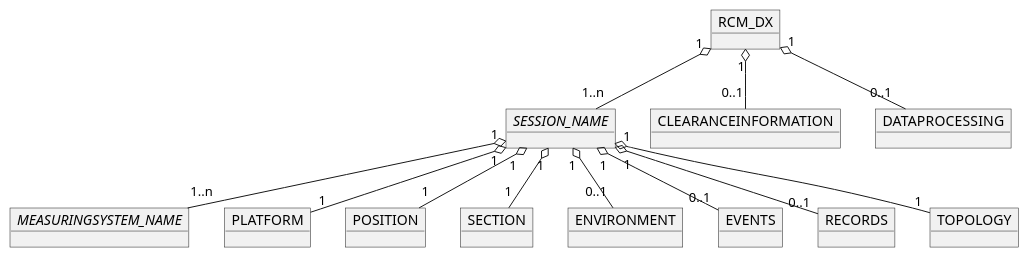
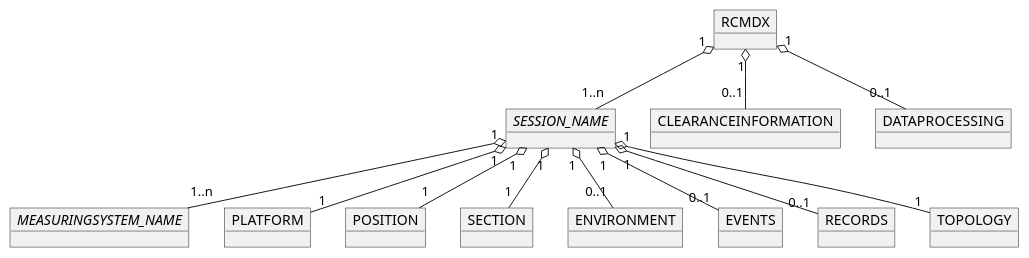
One commit to OpenRailAssociation/rcm-dx changed the second of 9 diagrams in images.puml. Above: the diagram before and after it, drawn with PlantUML. The commit also changed other lines of this file and 4 other files, not shown here.

```diff
--- a/images.puml
+++ b/images.puml
@@ -47,37 +47,37 @@
 @startuml RCM_DX_Structure
 
-  object RCM_DX
+  object RCMDX
 
   object "//SESSION_NAME//" as session_name
 
   object "//MEASURINGSYSTEM_NAME//" as measuringsystem_name
 
   object CLEARANCEINFORMATION
   object DATAPROCESSING
 
   object PLATFORM
 
   object POSITION
   object SECTION
   
   object ENVIRONMENT
 
   object EVENTS
   object RECORDS
 
   object TOPOLOGY
 
-  RCM_DX "1" o-- "1..n" session_name
-  RCM_DX "1" o-- "0..1" CLEARANCEINFORMATION
-  RCM_DX "1" o-- "0..1" DATAPROCESSING
+  RCMDX "1" o-- "1..n" session_name
+  RCMDX "1" o-- "0..1" CLEARANCEINFORMATION
+  RCMDX "1" o-- "0..1" DATAPROCESSING
   
   session_name "1" o-- "1" PLATFORM
   session_name "1" o-- "1" POSITION
   session_name "1" o-- "0..1" ENVIRONMENT
   session_name "1" o-- "1..n" measuringsystem_name
   session_name "1" o-- "0..1" EVENTS
   session_name "1" o-- "0..1" RECORDS
   session_name "1" o-- "1" TOPOLOGY
   session_name "1" o-- "1" SECTION
   
 @enduml
```
